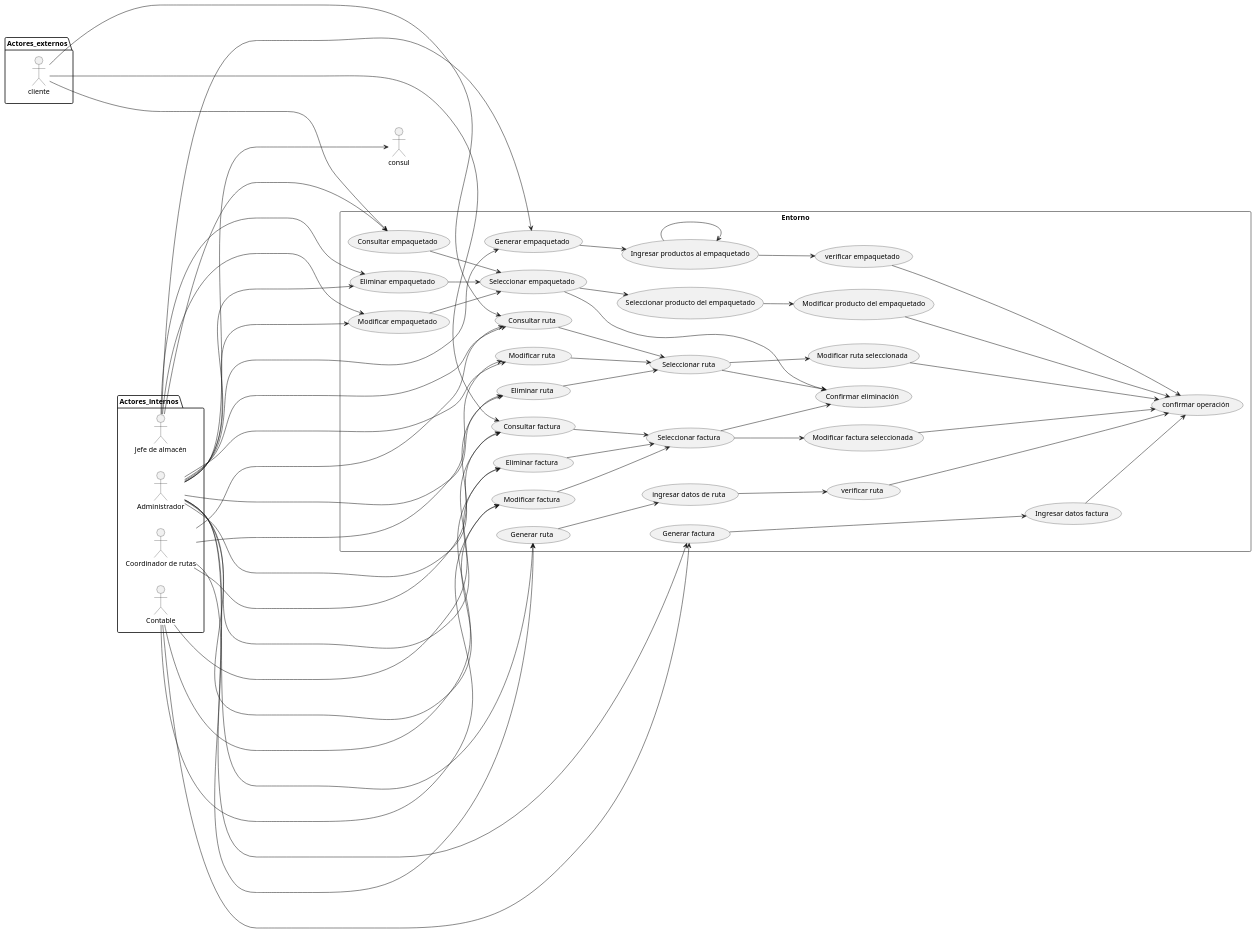
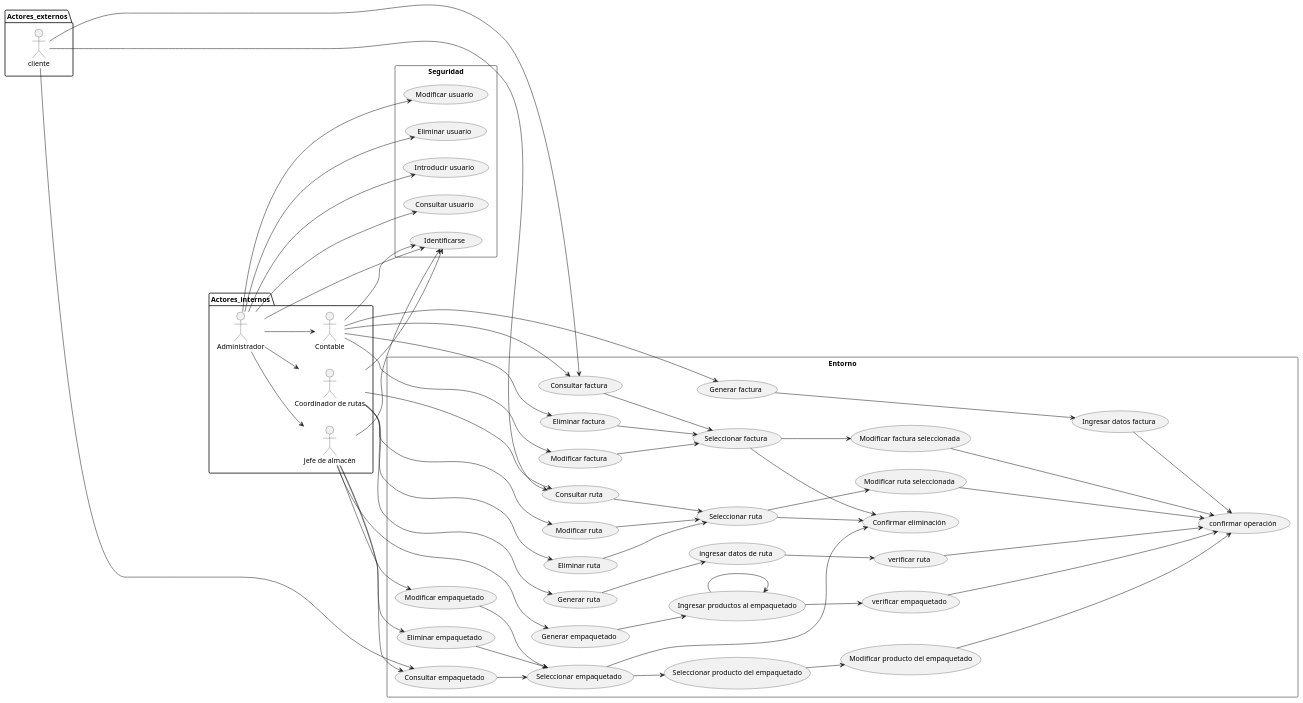
One commit to BenjaLuke/ProyectoProgramacion changed the diagram in casos_de_uso_benja/casos de uso global.PlantUML. Above: the diagram before and after it, drawn with PlantUML.

Commit message:
acabados los casos de uso

```diff
--- a/casos_de_uso_benja/casos de uso global.PlantUML
+++ b/casos_de_uso_benja/casos de uso global.PlantUML
@@ -1,129 +1,135 @@
 @startuml
 
 left to right direction
 
 package Actores_internos{
 actor "Administrador"           as act_1
 actor "Coordinador de rutas"    as act_2
 actor "Contable"                as act_3
 actor "Jefe de almacén"         as act_4
 }
 
+rectangle Seguridad{
+useCase "Identificarse" as (Identificarse)
+useCase "Introducir usuario" as (Introducir_usuario)
+useCase "Consultar usuario" as (Consultar_usuario)
+useCase "Modificar usuario" as (Modificar_usuario)
+useCase "Eliminar usuario" as (Eliminar_usuario)
+}
 
 rectangle Entorno{
-
+    
 useCase "Generar ruta"  as (Generar_ruta)
 useCase "ingresar datos de ruta" as (ingresar_datos_ruta)
 useCase "verificar ruta" as (verificar_ruta)
 
 
 useCase "Modificar ruta" as (Modificar_ruta)
 useCase "Seleccionar ruta" as (Seleccionar_ruta)
 useCase "Eliminar ruta" as (Eliminar_ruta)
 useCase "Consultar ruta"  as (Consultar_ruta)
 useCase "Modificar ruta seleccionada" as (Modificar_ruta_seleccionada)
 
 useCase "Generar factura" as (Generar_factura)
 useCase "Ingresar datos factura" as (Ingresar_datos_factura)
 
 useCase "Modificar factura" as (Modificar_factura)
 useCase "Seleccionar factura" as (Seleccionar_factura)
 
 useCase "Eliminar factura" as (Eliminar_factura)
 
 
 useCase "Consultar factura" as (Consultar_factura)
 useCase "Modificar factura seleccionada" as (Modificar_factura_seleccionada)
 
 useCase "Generar empaquetado" as (Generar_empaquetado)
 useCase "Ingresar productos al empaquetado" as (Ingresar_producto_al_empaquetado)
 useCase "verificar empaquetado" as (Verificar_empaquetado)
 useCase "confirmar operación" as (Confirmar_operacion)
 
 
 useCase "Modificar empaquetado" as (Modificar_empaquetado)
 useCase "Seleccionar empaquetado" as (Seleccionar_empaquetado)
 useCase "Seleccionar producto del empaquetado" as (Seleccionar_producto_de_empaquetado)
 useCase "Modificar producto del empaquetado" as (Modificar_producto_de_empaquetado)
 
 
 useCase "Eliminar empaquetado" as (Eliminar_empaquetado)
 useCase "Confirmar eliminación" as (Generar_empaquetado1)
 
 
 useCase "Consultar empaquetado" as (Consultar_empaquetado)
 
 Generar_empaquetado --> Ingresar_producto_al_empaquetado
 Ingresar_producto_al_empaquetado --> Verificar_empaquetado
 Ingresar_producto_al_empaquetado ----> Ingresar_producto_al_empaquetado
 Verificar_empaquetado -----> Confirmar_operacion
 
 Modificar_empaquetado --> Seleccionar_empaquetado
 Seleccionar_empaquetado --> Seleccionar_producto_de_empaquetado
 Seleccionar_producto_de_empaquetado --> Modificar_producto_de_empaquetado
 Modificar_producto_de_empaquetado -----> Confirmar_operacion
 Eliminar_empaquetado --> Seleccionar_empaquetado
 Seleccionar_empaquetado --> Generar_empaquetado1
 
 Consultar_empaquetado --> Seleccionar_empaquetado
 }
 
-act_1 ------> Generar_ruta
-act_1 ------> Modificar_ruta
-act_1 ------> Eliminar_ruta
-act_1 ------> Consultar_ruta
-act_1 ------> Generar_factura
-act_1 ------> Modificar_factura
-act_1 ------> Eliminar_factura
-act_1 ------> Consultar_factura
-act_1 ------> Generar_empaquetado
-act_1 ------> Modificar_empaquetado
-act_1 ------> Eliminar_empaquetado
-act_1 ------> consul
+act_1 --> act_2
+act_1 --> act_3
+act_1 --> act_4
+act_1 --> Identificarse
+act_1 --> Consultar_usuario
+act_1 --> Modificar_usuario
+act_1 --> Eliminar_usuario
+act_1 --> Introducir_usuario
 
-act_4 ------> Generar_empaquetado
-act_4 ------> Modificar_empaquetado
-act_4 ------> Eliminar_empaquetado
-act_4 ------> Consultar_empaquetado
+act_4 --> Generar_empaquetado
+act_4 --> Modificar_empaquetado
+act_4 --> Eliminar_empaquetado
+act_4 --> Consultar_empaquetado
+act_4 --> Identificarse
 
-act_2 ------> Generar_ruta
-act_2 ------>   Modificar_ruta
-act_2 ------>   Eliminar_ruta
-act_2 ------>   Consultar_ruta
+act_2 --> Generar_ruta
+act_2 -->   Modificar_ruta
+act_2 -->   Eliminar_ruta
+act_2 -->   Consultar_ruta
+act_2 -->   Identificarse
 
-act_3 ------>   Generar_factura
-act_3 ------>   Modificar_factura
-act_3 ------>   Eliminar_factura
-act_3 ------>   Consultar_factura
+act_3 -->   Generar_factura
+act_3 -->   Modificar_factura
+act_3 -->   Eliminar_factura
+act_3 -->   Consultar_factura
+act_3 -->   Identificarse
 
 Generar_ruta --> ingresar_datos_ruta
 ingresar_datos_ruta --> verificar_ruta
 verificar_ruta -----> Confirmar_operacion
 
 Consultar_ruta --> Seleccionar_ruta
 Eliminar_ruta --> Seleccionar_ruta
 Modificar_ruta --> Seleccionar_ruta
 Seleccionar_ruta --> Generar_empaquetado1
 Seleccionar_ruta --> Modificar_ruta_seleccionada
 Modificar_ruta_seleccionada -----> Confirmar_operacion
 
 Generar_factura -----> Ingresar_datos_factura
 Ingresar_datos_factura --> Confirmar_operacion
 Modificar_factura --> Seleccionar_factura
 Eliminar_factura --> Seleccionar_factura
 Seleccionar_factura --> Generar_empaquetado1
 Consultar_factura --> Seleccionar_factura
 Seleccionar_factura --> Modificar_factura_seleccionada
 Modificar_factura_seleccionada -----> Confirmar_operacion
 
 package Actores_externos{
 actor "cliente" as act_5
 
 }
 
 act_5 --------> Consultar_factura
 act_5 --------> Consultar_empaquetado
 act_5 --------> Consultar_ruta
 
 
 @enduml
```
